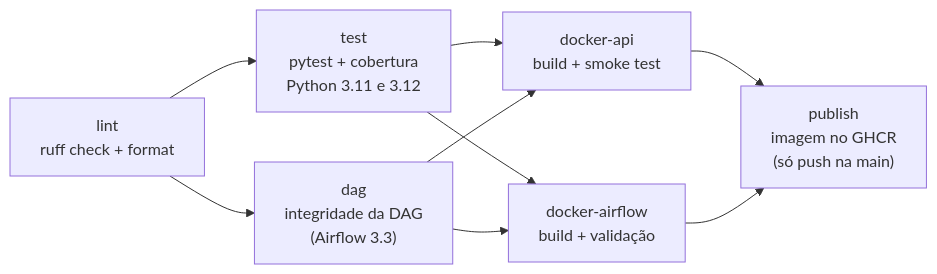
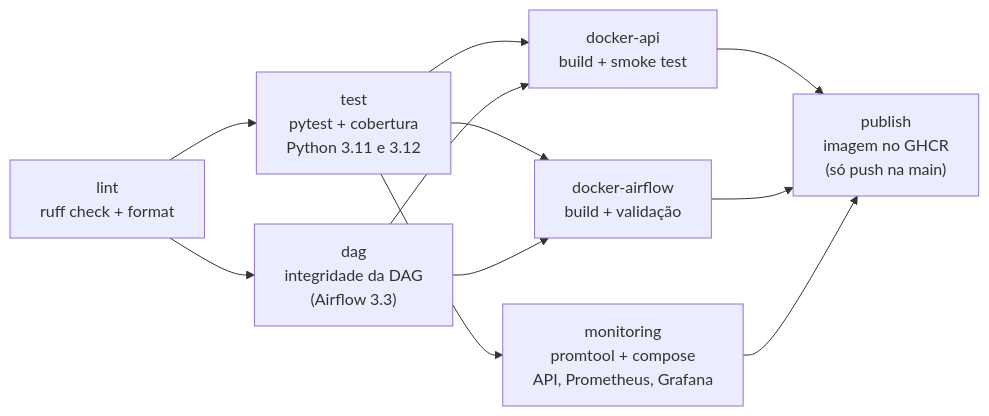
The third of 5 diagrams in README.md (tiagotff/FIAP_MLE10_TC3), drawn with Mermaid before and after one commit. The commit also changed other lines of this file and 1 other file, not shown here.

````diff
--- a/README.md
+++ b/README.md
@@ -438,11 +463,13 @@
 ```mermaid
 flowchart LR
     L["lint<br/>ruff check + format"] --> T["test<br/>pytest + cobertura<br/>Python 3.11 e 3.12"]
     L --> D["dag<br/>integridade da DAG<br/>(Airflow 3.3)"]
     T --> DA["docker-api<br/>build + smoke test"]
     D --> DA
     T --> DF["docker-airflow<br/>build + validação"]
     D --> DF
+    T --> M["monitoring<br/>promtool + compose<br/>API, Prometheus, Grafana"]
     DA --> P["publish<br/>imagem no GHCR<br/>(só push na main)"]
     DF --> P
+    M --> P
 ```
````
